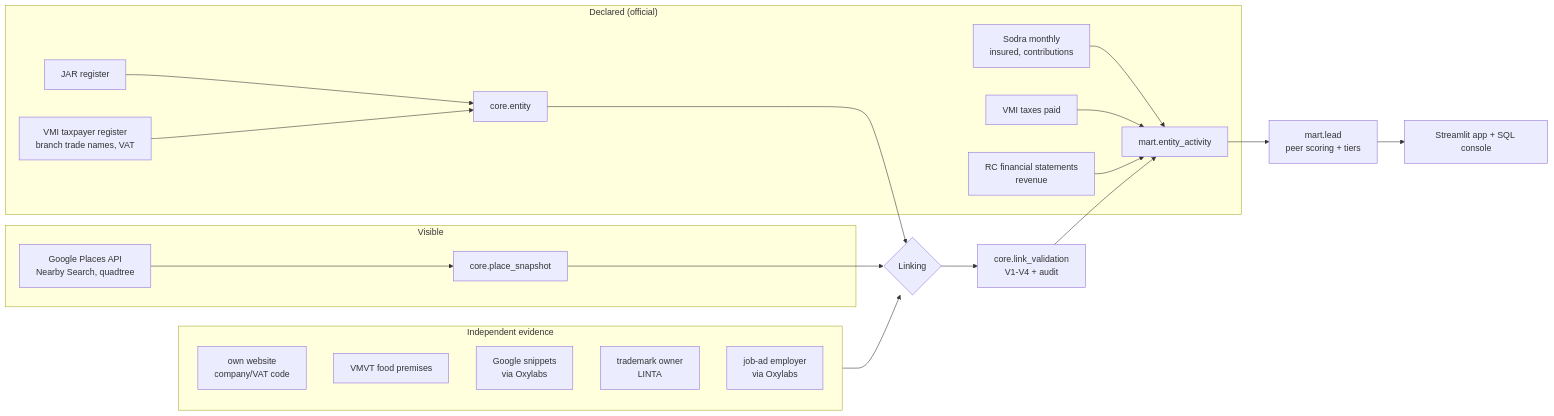
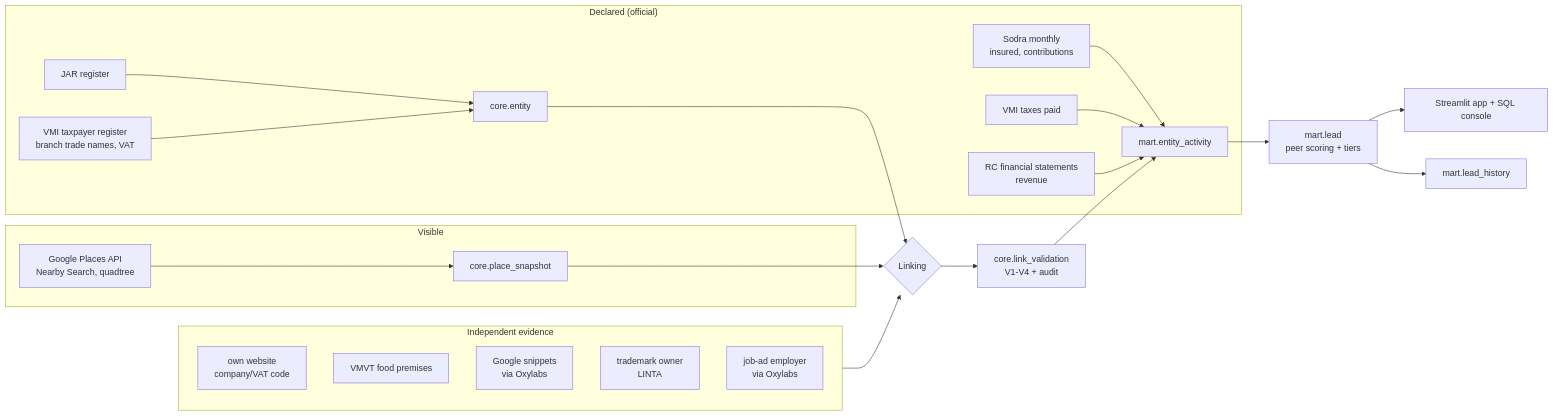
One commit to RokasGH/shadowleads changed the diagram in README.md. Above: the diagram before and after it, drawn with Mermaid. The commit also changed other lines of this file and 27 other files, not shown here.

````diff
--- a/README.md
+++ b/README.md
@@ -40,27 +41,28 @@
 ```mermaid
 flowchart LR
   subgraph Visible
     G[Google Places API<br/>Nearby Search, quadtree] --> PS[core.place_snapshot]
   end
   subgraph Declared["Declared (official)"]
     JAR[JAR register] --> E[core.entity]
     VMIR[VMI taxpayer register<br/>branch trade names, VAT] --> E
     SOD[Sodra monthly<br/>insured, contributions] --> EA
     VMIT[VMI taxes paid] --> EA
     RC[RC financial statements<br/>revenue] --> EA
   end
   PS --> L{Linking}
   E --> L
   subgraph Evidence["Independent evidence"]
     W[own website<br/>company/VAT code]
     V[VMVT food premises]
     S[Google snippets<br/>via Oxylabs]
     T[trademark owner<br/>LINTA]
     J[job-ad employer<br/>via Oxylabs]
   end
   Evidence --> L
   L --> LV[core.link_validation<br/>V1-V4 + audit]
   LV --> EA[mart.entity_activity]
   EA --> S2[mart.lead<br/>peer scoring + tiers]
   S2 --> APP[Streamlit app + SQL console]
+  S2 --> H[mart.lead_history]
 ```
````
